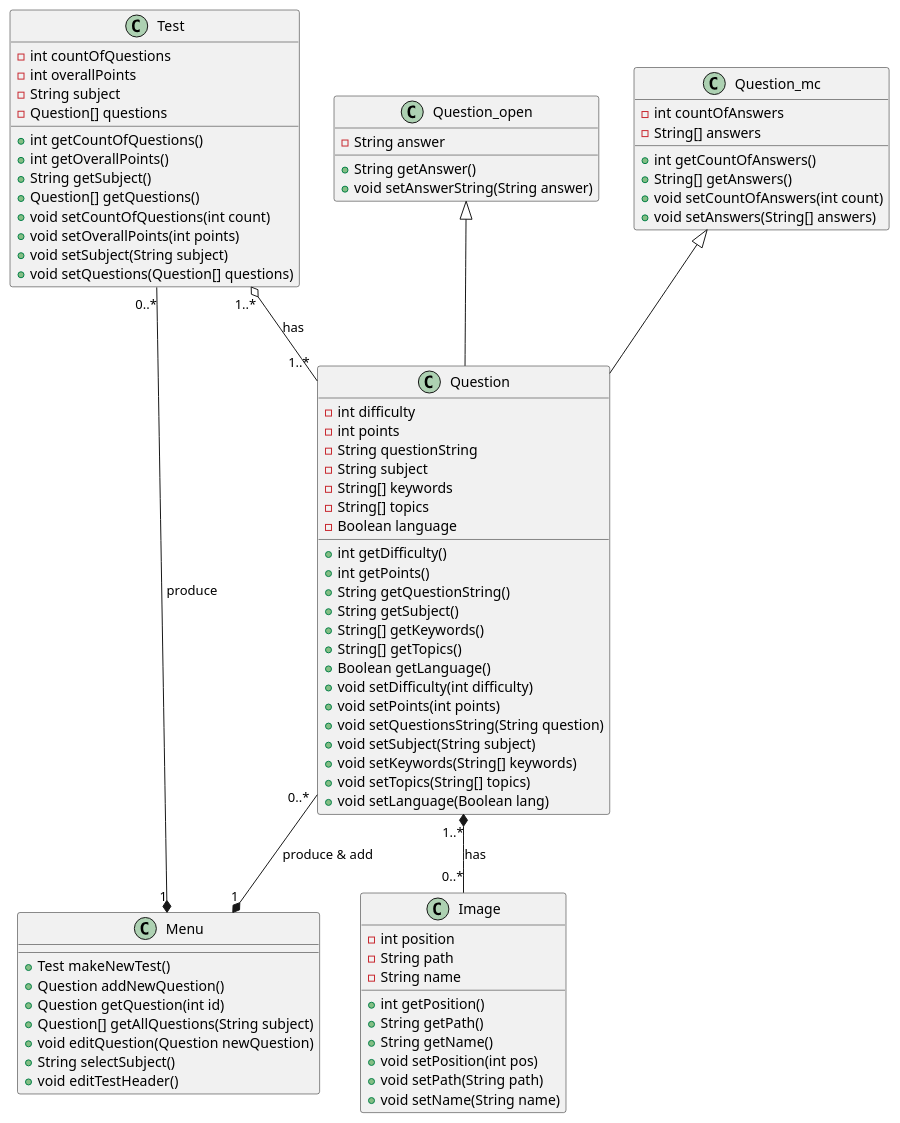
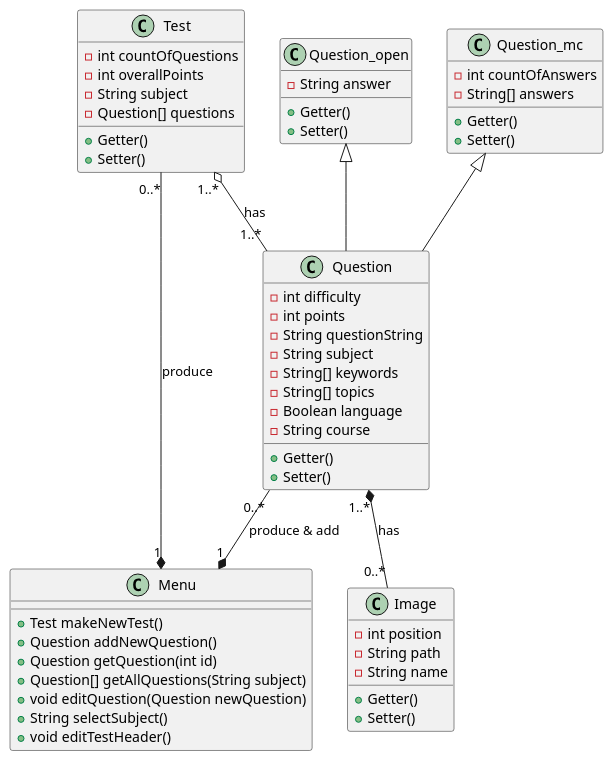
The diagram in src/main/java/projekt.puml (VladanPetkovic/Pruefungsgenerator), drawn with PlantUML before and after one commit. The commit also changed 8 other files, not shown here.

Commit message:
updated uml, updated logic-classes with GETTER and SETTER from lombok

```diff
--- a/src/main/java/projekt.puml
+++ b/src/main/java/projekt.puml
@@ -1,81 +1,58 @@
 @startuml
 'https://plantuml.com/class-diagram
 class Test {
     -int countOfQuestions
     -int overallPoints
     -String subject
     -Question[] questions
-    +int getCountOfQuestions()
-    +int getOverallPoints()
-    +String getSubject()
-    +Question[] getQuestions()
-    +void setCountOfQuestions(int count)
-    +void setOverallPoints(int points)
-    +void setSubject(String subject)
-    +void setQuestions(Question[] questions)
+    +Getter()
+    +Setter()
 }
 class Question {
     -int difficulty
     -int points
     -String questionString
     -String subject
     -String[] keywords
     -String[] topics
     -Boolean language
-    +int getDifficulty()
-    +int getPoints()
-    +String getQuestionString()
-    +String getSubject()
-    +String[] getKeywords()
-    +String[] getTopics()
-    +Boolean getLanguage()
-    +void setDifficulty(int difficulty)
-    +void setPoints(int points)
-    +void setQuestionsString(String question)
-    +void setSubject(String subject)
-    +void setKeywords(String[] keywords)
-    +void setTopics(String[] topics)
-    +void setLanguage(Boolean lang)
+    -String course
+    +Getter()
+    +Setter()
 }
 class Question_open {
     -String answer
-    +String getAnswer()
-    +void setAnswerString(String answer)
+    +Getter()
+    +Setter()
 }
 class Question_mc {
     -int countOfAnswers
     -String[] answers
-    +int getCountOfAnswers()
-    +String[] getAnswers()
-    +void setCountOfAnswers(int count)
-    +void setAnswers(String[] answers)
+    +Getter()
+    +Setter()
 }
 class Image {
     -int position
     -String path
     -String name
-    +int getPosition()
-    +String getPath()
-    +String getName()
-    +void setPosition(int pos)
-    +void setPath(String path)
-    +void setName(String name)
+    +Getter()
+    +Setter()
 }
 class Menu {
     +Test makeNewTest()
     +Question addNewQuestion()
     +Question getQuestion(int id)
     +Question[] getAllQuestions(String subject)
     +void editQuestion(Question newQuestion)
     +String selectSubject()
     +void editTestHeader()
 }
 
 Menu "1" *-- "0..*" Test : "produce"
 Question "0..*" --* "1" Menu : "produce & add"
 Test "1..*" o-- "1..*" Question : "has"
 Question "1..*" *-- "0..*" Image : has
 Question_mc <|-- Question
 Question_open <|-- Question
 
 @enduml
```
